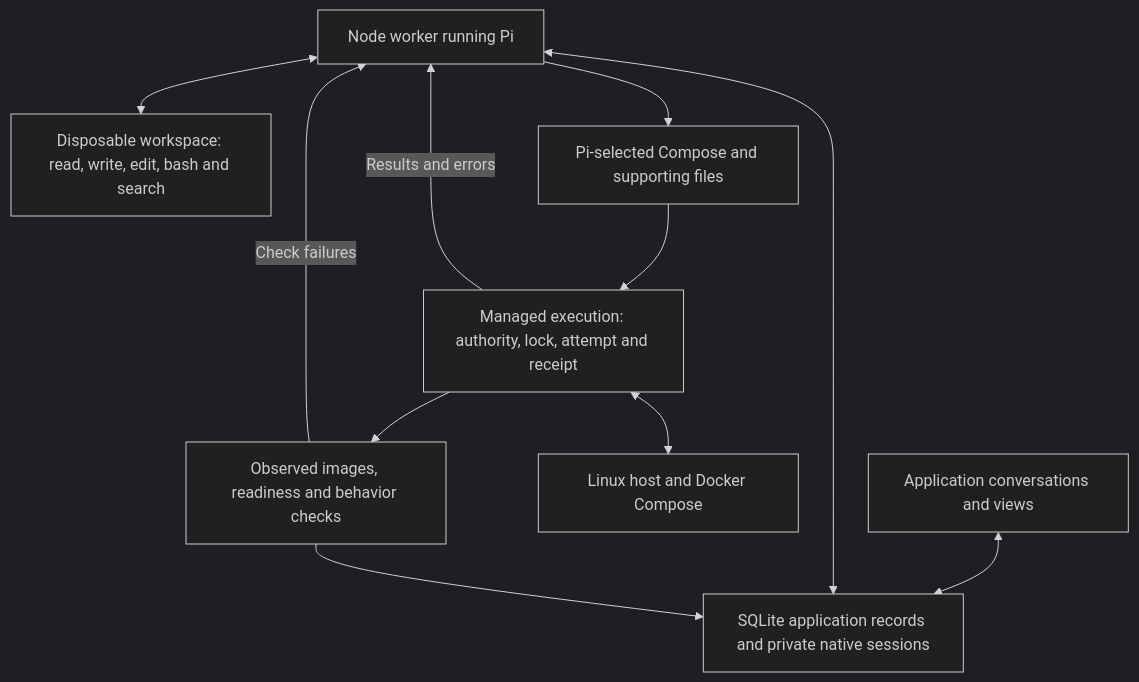
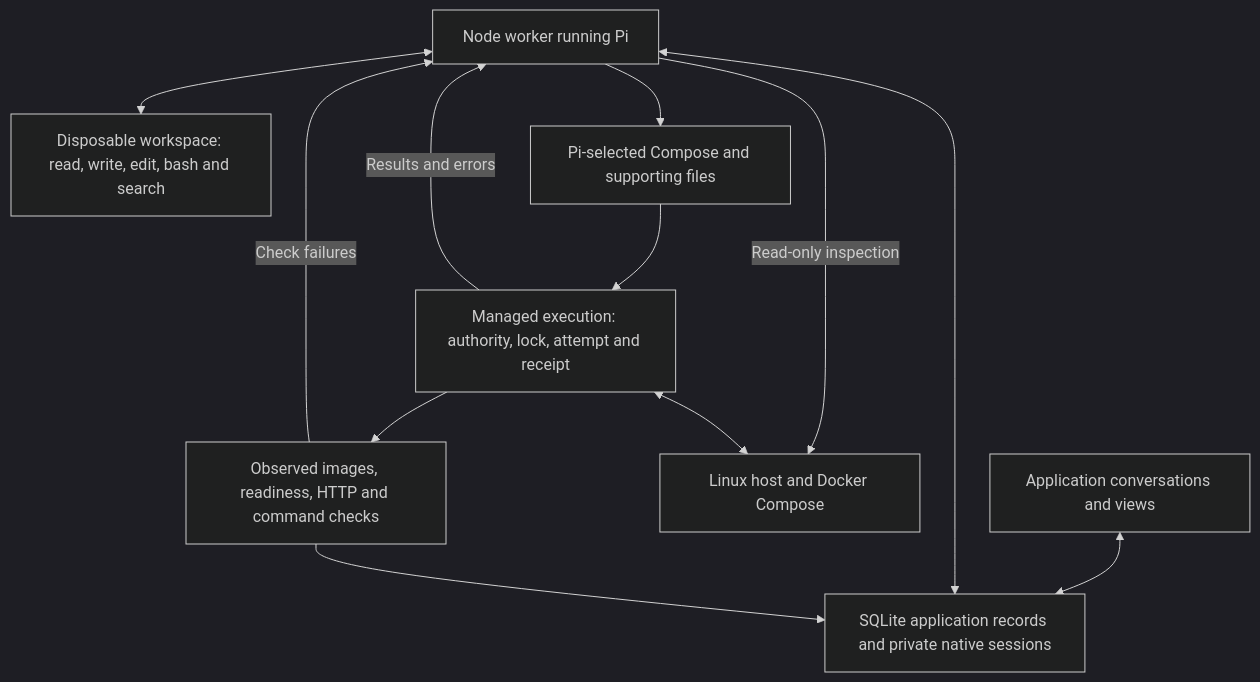
One commit to lustoykov/hallvi changed the diagram in docs/architecture.md. Above: the diagram before and after it, drawn with Mermaid (dark theme). The commit also changed other lines of this file and 1 other file, not shown here.

First line of the commit message:
Describe the evidence tools, command checks and declared state

````diff
--- a/docs/architecture.md
+++ b/docs/architecture.md
@@ -5,13 +5,14 @@
 ```mermaid
 flowchart TD
     UI[Application conversations and views] <--> Records[SQLite application records and private native sessions]
     Worker[Node worker running Pi] <--> Records
     Worker <--> Workspace[Disposable workspace: read, write, edit, bash and search]
+    Worker -->|Read-only inspection| Host
     Worker --> Artifacts[Pi-selected Compose and supporting files]
     Artifacts --> Executor[Managed execution: authority, lock, attempt and receipt]
     Executor <--> Host[Linux host and Docker Compose]
-    Executor --> Evidence[Observed images, readiness and behavior checks]
+    Executor --> Evidence[Observed images, readiness, HTTP and command checks]
     Evidence --> Records
     Executor -->|Results and errors| Worker
     Evidence -->|Check failures| Worker
 ```
````
